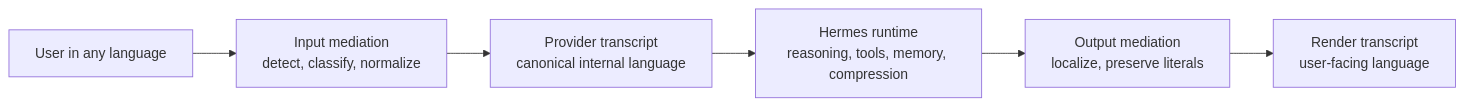
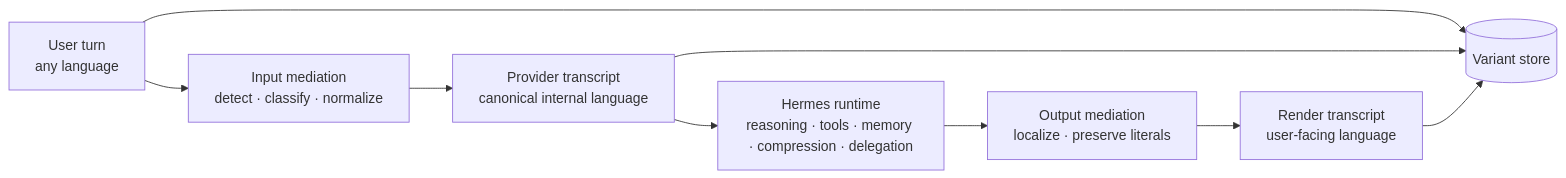
One commit to maelrx/unilang changed the diagram in README.md. Above: the diagram before and after it, drawn with Mermaid. The commit also changed other lines of this file and 2 other files, not shown here.

````diff
--- a/README.md
+++ b/README.md
@@ -140,8 +103,12 @@
 ```mermaid
 flowchart LR
-    U["User in any language"] --> I["Input mediation\ndetect, classify, normalize"]
-    I --> P["Provider transcript\ncanonical internal language"]
-    P --> H["Hermes runtime\nreasoning, tools, memory, compression"]
-    H --> O["Output mediation\nlocalize, preserve literals"]
-    O --> R["Render transcript\nuser-facing language"]
+    U[User turn\nany language] --> M1[Input mediation\ndetect · classify · normalize]
+    M1 --> P[Provider transcript\ncanonical internal language]
+    P --> H[Hermes runtime\nreasoning · tools · memory · compression · delegation]
+    H --> M2[Output mediation\nlocalize · preserve literals]
+    M2 --> R[Render transcript\nuser-facing language]
+
+    U --> S[(Variant store)]
+    P --> S
+    R --> S
 ```
````
